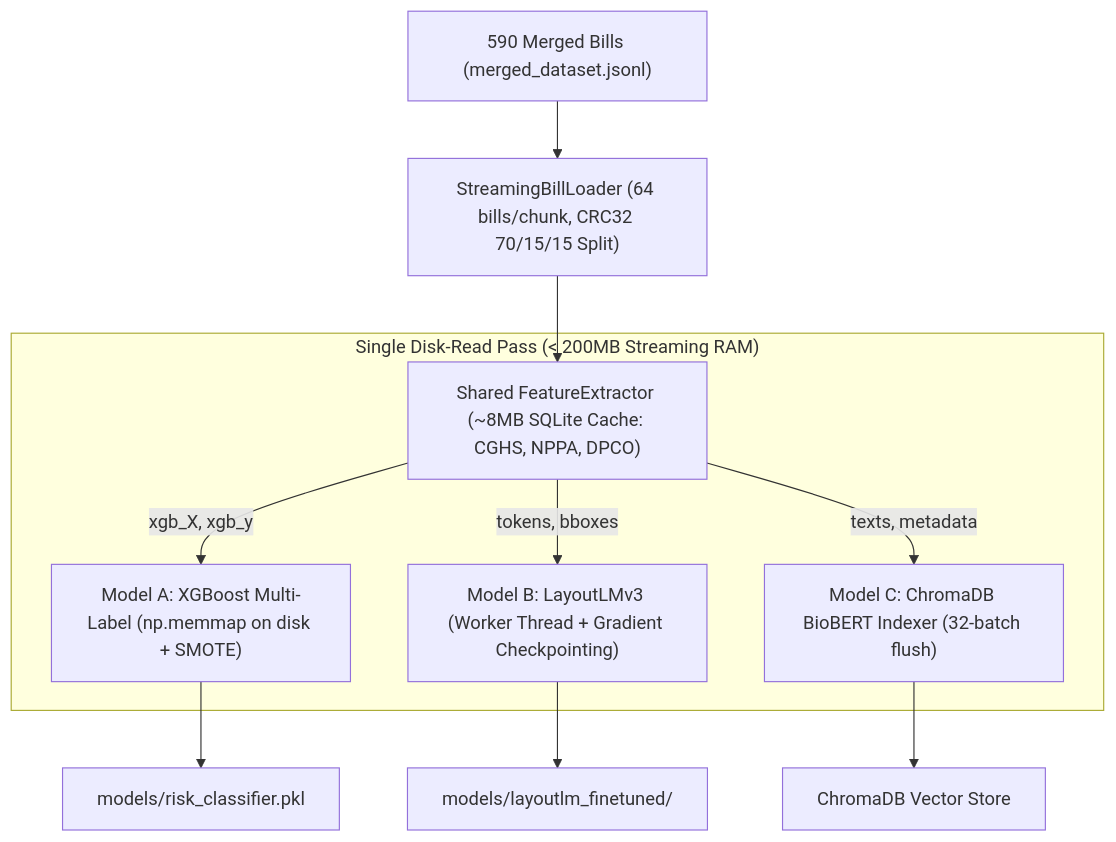
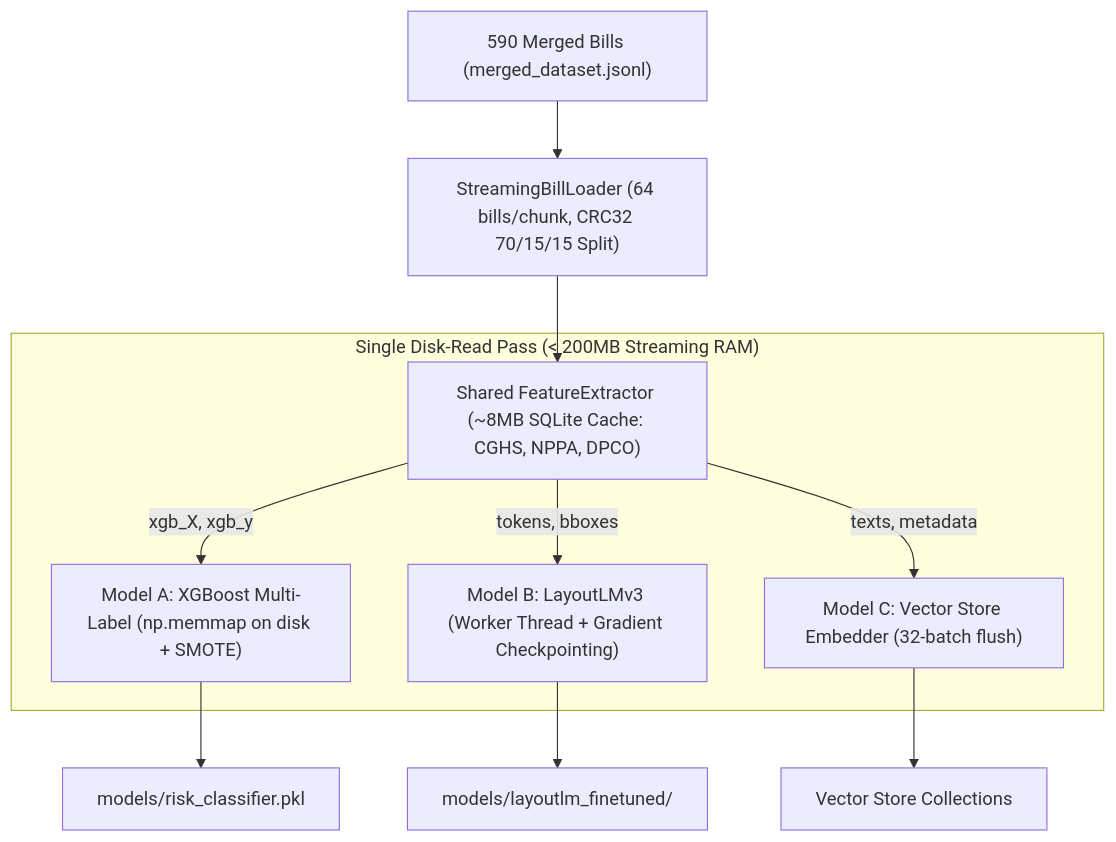
One commit to Harshil-18-byte/CuraVeris changed the third of 3 diagrams in README.md. Above: the diagram before and after it, drawn with Mermaid. The commit also changed other lines of this file, not shown here.

Commit message:
Update README with comprehensive platform architecture and remove frontmatter metadata

````diff
--- a/README.md
+++ b/README.md
@@ -773,15 +643,15 @@
 ```mermaid
 graph TD
     Data["590 Merged Bills (merged_dataset.jsonl)"] --> Stream["StreamingBillLoader (64 bills/chunk, CRC32 70/15/15 Split)"]
     Stream --> Feat["Shared FeatureExtractor (~8MB SQLite Cache: CGHS, NPPA, DPCO)"]
     
     subgraph ParallelPipe ["Single Disk-Read Pass (< 200MB Streaming RAM)"]
         Feat -->|"xgb_X, xgb_y"| ModelA["Model A: XGBoost Multi-Label (np.memmap on disk + SMOTE)"]
         Feat -->|"tokens, bboxes"| ModelB["Model B: LayoutLMv3 (Worker Thread + Gradient Checkpointing)"]
-        Feat -->|"texts, metadata"| ModelC["Model C: ChromaDB BioBERT Indexer (32-batch flush)"]
+        Feat -->|"texts, metadata"| ModelC["Model C: Vector Store Embedder (32-batch flush)"]
     end
 
     ModelA --> OutA["models/risk_classifier.pkl"]
     ModelB --> OutB["models/layoutlm_finetuned/"]
-    ModelC --> OutC["ChromaDB Vector Store"]
+    ModelC --> OutC["Vector Store Collections"]
 ```
````
